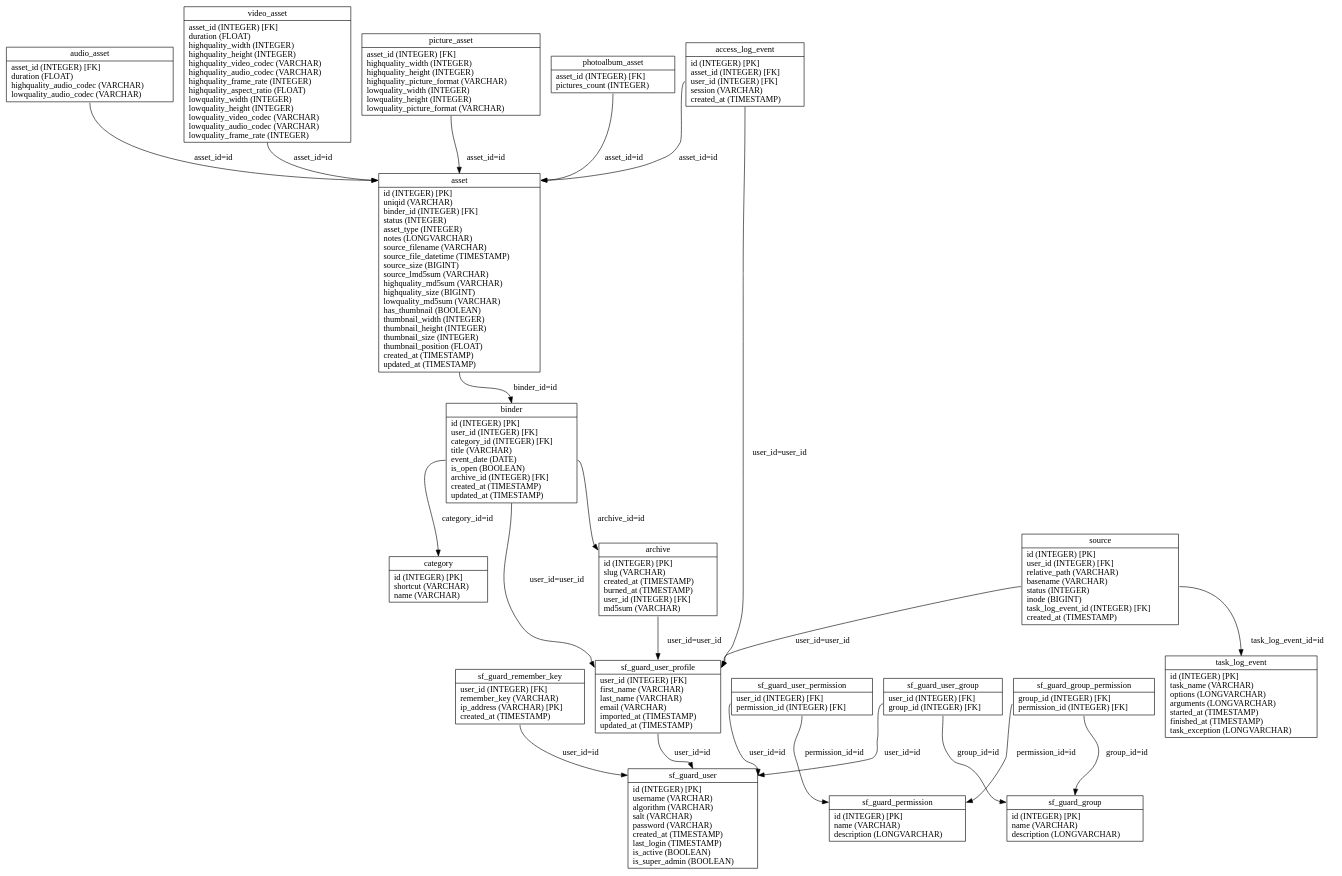
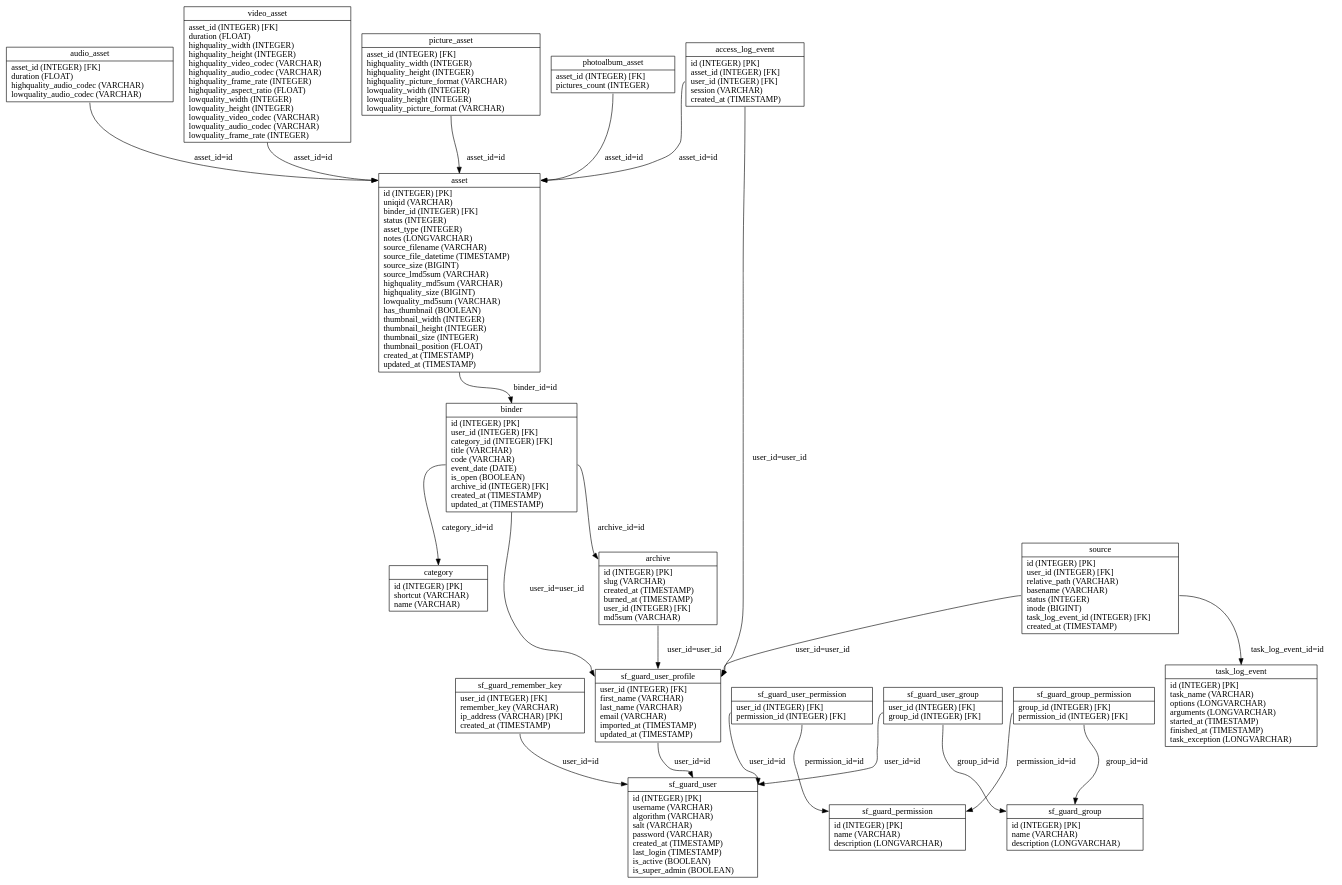
One commit to loristissino/wviola changed the diagram in graph/propel.schema.dot. Above: the diagram before and after it, drawn with Graphviz. The commit also changed 6 other files, not shown here.

```diff
--- a/graph/propel.schema.dot
+++ b/graph/propel.schema.dot
@@ -1,43 +1,43 @@
 digraph G {
 nodesf_guard_user_profile [label="{<table>sf_guard_user_profile|<cols>user_id (INTEGER) [FK]\lfirst_name (VARCHAR)\llast_name (VARCHAR)\lemail (VARCHAR)\limported_at (TIMESTAMP)\lupdated_at (TIMESTAMP)\l}", shape=record];
 nodeasset [label="{<table>asset|<cols>id (INTEGER) [PK]\luniqid (VARCHAR)\lbinder_id (INTEGER) [FK]\lstatus (INTEGER)\lasset_type (INTEGER)\lnotes (LONGVARCHAR)\lsource_filename (VARCHAR)\lsource_file_datetime (TIMESTAMP)\lsource_size (BIGINT)\lsource_lmd5sum (VARCHAR)\lhighquality_md5sum (VARCHAR)\lhighquality_size (BIGINT)\llowquality_md5sum (VARCHAR)\lhas_thumbnail (BOOLEAN)\lthumbnail_width (INTEGER)\lthumbnail_height (INTEGER)\lthumbnail_size (INTEGER)\lthumbnail_position (FLOAT)\lcreated_at (TIMESTAMP)\lupdated_at (TIMESTAMP)\l}", shape=record];
 nodevideo_asset [label="{<table>video_asset|<cols>asset_id (INTEGER) [FK]\lduration (FLOAT)\lhighquality_width (INTEGER)\lhighquality_height (INTEGER)\lhighquality_video_codec (VARCHAR)\lhighquality_audio_codec (VARCHAR)\lhighquality_frame_rate (INTEGER)\lhighquality_aspect_ratio (FLOAT)\llowquality_width (INTEGER)\llowquality_height (INTEGER)\llowquality_video_codec (VARCHAR)\llowquality_audio_codec (VARCHAR)\llowquality_frame_rate (INTEGER)\l}", shape=record];
 nodepicture_asset [label="{<table>picture_asset|<cols>asset_id (INTEGER) [FK]\lhighquality_width (INTEGER)\lhighquality_height (INTEGER)\lhighquality_picture_format (VARCHAR)\llowquality_width (INTEGER)\llowquality_height (INTEGER)\llowquality_picture_format (VARCHAR)\l}", shape=record];
 nodephotoalbum_asset [label="{<table>photoalbum_asset|<cols>asset_id (INTEGER) [FK]\lpictures_count (INTEGER)\l}", shape=record];
 nodeaudio_asset [label="{<table>audio_asset|<cols>asset_id (INTEGER) [FK]\lduration (FLOAT)\lhighquality_audio_codec (VARCHAR)\llowquality_audio_codec (VARCHAR)\l}", shape=record];
-nodebinder [label="{<table>binder|<cols>id (INTEGER) [PK]\luser_id (INTEGER) [FK]\lcategory_id (INTEGER) [FK]\ltitle (VARCHAR)\levent_date (DATE)\lis_open (BOOLEAN)\larchive_id (INTEGER) [FK]\lcreated_at (TIMESTAMP)\lupdated_at (TIMESTAMP)\l}", shape=record];
+nodebinder [label="{<table>binder|<cols>id (INTEGER) [PK]\luser_id (INTEGER) [FK]\lcategory_id (INTEGER) [FK]\ltitle (VARCHAR)\lcode (VARCHAR)\levent_date (DATE)\lis_open (BOOLEAN)\larchive_id (INTEGER) [FK]\lcreated_at (TIMESTAMP)\lupdated_at (TIMESTAMP)\l}", shape=record];
 nodearchive [label="{<table>archive|<cols>id (INTEGER) [PK]\lslug (VARCHAR)\lcreated_at (TIMESTAMP)\lburned_at (TIMESTAMP)\luser_id (INTEGER) [FK]\lmd5sum (VARCHAR)\l}", shape=record];
 nodecategory [label="{<table>category|<cols>id (INTEGER) [PK]\lshortcut (VARCHAR)\lname (VARCHAR)\l}", shape=record];
 nodeaccess_log_event [label="{<table>access_log_event|<cols>id (INTEGER) [PK]\lasset_id (INTEGER) [FK]\luser_id (INTEGER) [FK]\lsession (VARCHAR)\lcreated_at (TIMESTAMP)\l}", shape=record];
 nodetask_log_event [label="{<table>task_log_event|<cols>id (INTEGER) [PK]\ltask_name (VARCHAR)\loptions (LONGVARCHAR)\larguments (LONGVARCHAR)\lstarted_at (TIMESTAMP)\lfinished_at (TIMESTAMP)\ltask_exception (LONGVARCHAR)\l}", shape=record];
 nodesource [label="{<table>source|<cols>id (INTEGER) [PK]\luser_id (INTEGER) [FK]\lrelative_path (VARCHAR)\lbasename (VARCHAR)\lstatus (INTEGER)\linode (BIGINT)\ltask_log_event_id (INTEGER) [FK]\lcreated_at (TIMESTAMP)\l}", shape=record];
 nodesf_guard_group [label="{<table>sf_guard_group|<cols>id (INTEGER) [PK]\lname (VARCHAR)\ldescription (LONGVARCHAR)\l}", shape=record];
 nodesf_guard_permission [label="{<table>sf_guard_permission|<cols>id (INTEGER) [PK]\lname (VARCHAR)\ldescription (LONGVARCHAR)\l}", shape=record];
 nodesf_guard_group_permission [label="{<table>sf_guard_group_permission|<cols>group_id (INTEGER) [FK]\lpermission_id (INTEGER) [FK]\l}", shape=record];
 nodesf_guard_user [label="{<table>sf_guard_user|<cols>id (INTEGER) [PK]\lusername (VARCHAR)\lalgorithm (VARCHAR)\lsalt (VARCHAR)\lpassword (VARCHAR)\lcreated_at (TIMESTAMP)\llast_login (TIMESTAMP)\lis_active (BOOLEAN)\lis_super_admin (BOOLEAN)\l}", shape=record];
 nodesf_guard_user_permission [label="{<table>sf_guard_user_permission|<cols>user_id (INTEGER) [FK]\lpermission_id (INTEGER) [FK]\l}", shape=record];
 nodesf_guard_user_group [label="{<table>sf_guard_user_group|<cols>user_id (INTEGER) [FK]\lgroup_id (INTEGER) [FK]\l}", shape=record];
 nodesf_guard_remember_key [label="{<table>sf_guard_remember_key|<cols>user_id (INTEGER) [FK]\lremember_key (VARCHAR)\lip_address (VARCHAR) [PK]\lcreated_at (TIMESTAMP)\l}", shape=record];
 
 nodesf_guard_user_profile:cols -> nodesf_guard_user:table [label="user_id=id "];
 nodeasset:cols -> nodebinder:table [label="binder_id=id "];
 nodevideo_asset:cols -> nodeasset:table [label="asset_id=id "];
 nodepicture_asset:cols -> nodeasset:table [label="asset_id=id "];
 nodephotoalbum_asset:cols -> nodeasset:table [label="asset_id=id "];
 nodeaudio_asset:cols -> nodeasset:table [label="asset_id=id "];
 nodebinder:cols -> nodesf_guard_user_profile:table [label="user_id=user_id "];
 nodebinder:cols -> nodecategory:table [label="category_id=id "];
 nodebinder:cols -> nodearchive:table [label="archive_id=id "];
 nodearchive:cols -> nodesf_guard_user_profile:table [label="user_id=user_id "];
 nodeaccess_log_event:cols -> nodeasset:table [label="asset_id=id "];
 nodeaccess_log_event:cols -> nodesf_guard_user_profile:table [label="user_id=user_id "];
 nodesource:cols -> nodesf_guard_user_profile:table [label="user_id=user_id "];
 nodesource:cols -> nodetask_log_event:table [label="task_log_event_id=id "];
 nodesf_guard_group_permission:cols -> nodesf_guard_group:table [label="group_id=id "];
 nodesf_guard_group_permission:cols -> nodesf_guard_permission:table [label="permission_id=id "];
 nodesf_guard_user_permission:cols -> nodesf_guard_user:table [label="user_id=id "];
 nodesf_guard_user_permission:cols -> nodesf_guard_permission:table [label="permission_id=id "];
 nodesf_guard_user_group:cols -> nodesf_guard_user:table [label="user_id=id "];
 nodesf_guard_user_group:cols -> nodesf_guard_group:table [label="group_id=id "];
 nodesf_guard_remember_key:cols -> nodesf_guard_user:table [label="user_id=id "];
 }
```
